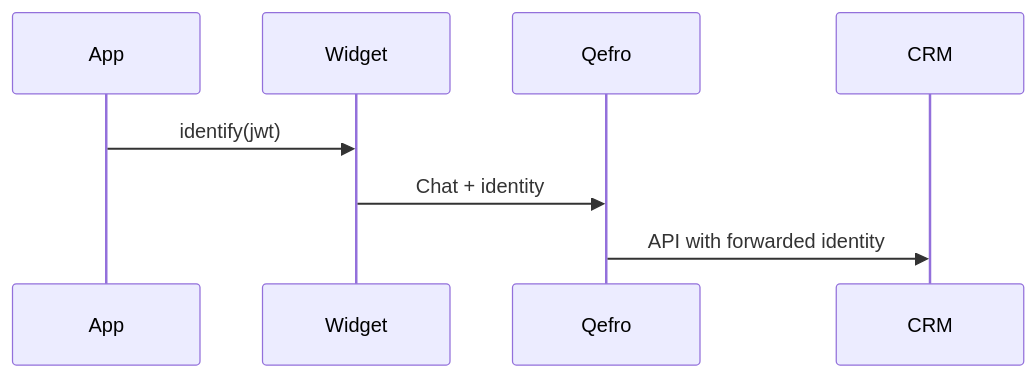
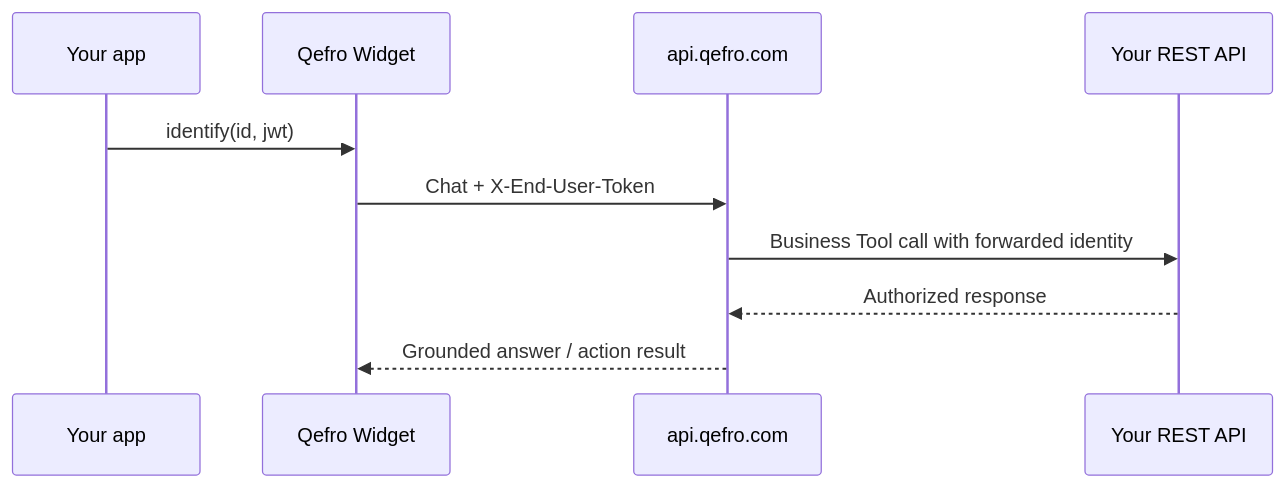
One commit to qefro-ai/qefro-documentation changed the diagram in docs/platform/identity-forwarding.mdx. Above: the diagram before and after it, drawn with Mermaid. The commit also changed other lines of this file and 46 other files, not shown here.

````diff
--- a/docs/platform/identity-forwarding.mdx
+++ b/docs/platform/identity-forwarding.mdx
@@ -37,10 +47,12 @@
 ```mermaid
 sequenceDiagram
-  participant App
-  participant Widget
-  participant Qefro
-  participant CRM
-  App->>Widget: identify(jwt)
-  Widget->>Qefro: Chat + identity
-  Qefro->>CRM: API with forwarded identity
+  participant App as Your app
+  participant Widget as Qefro Widget
+  participant API as api.qefro.com
+  participant Tool as Your REST API
+  App->>Widget: identify(id, jwt)
+  Widget->>API: Chat + X-End-User-Token
+  API->>Tool: Business Tool call with forwarded identity
+  Tool-->>API: Authorized response
+  API-->>Widget: Grounded answer / action result
 ```
````
